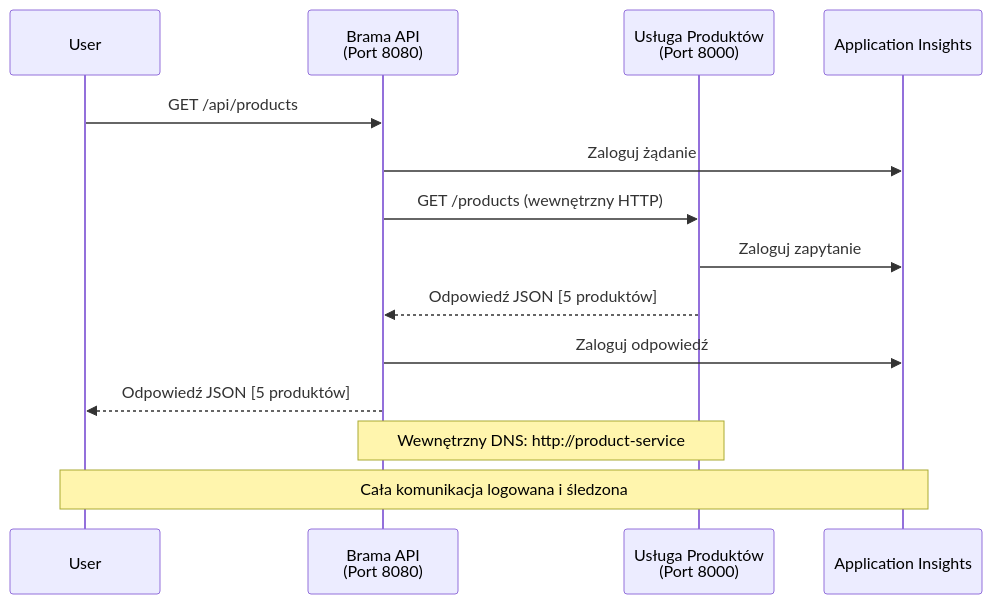
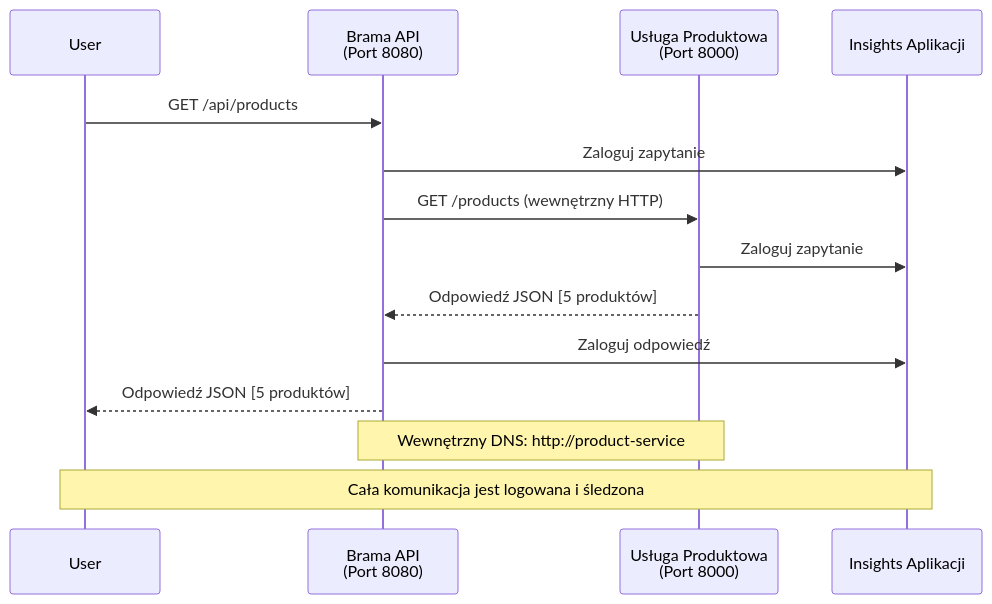
Before and after one commit to microsoft/AZD-for-beginners: the fourth of 4 diagrams in translations/pl/examples/microservices/README.md, drawn with Mermaid. The commit also changed other lines of this file and 242 other files, not shown here.

````diff
--- a/translations/pl/examples/microservices/README.md
+++ b/translations/pl/examples/microservices/README.md
@@ -432,18 +430,18 @@
 ```mermaid
 sequenceDiagram
     participant User
     participant Gateway as Brama API<br/>(Port 8080)
-    participant Product as Usługa Produktów<br/>(Port 8000)
-    participant AI as Application Insights
+    participant Product as Usługa Produktowa<br/>(Port 8000)
+    participant AI as Insights Aplikacji
     
     User->>Gateway: GET /api/products
-    Gateway->>AI: Zaloguj żądanie
+    Gateway->>AI: Zaloguj zapytanie
     Gateway->>Product: GET /products (wewnętrzny HTTP)
     Product->>AI: Zaloguj zapytanie
     Product-->>Gateway: Odpowiedź JSON [5 produktów]
     Gateway->>AI: Zaloguj odpowiedź
     Gateway-->>User: Odpowiedź JSON [5 produktów]
     
     Note over Gateway,Product: Wewnętrzny DNS: http://product-service
-    Note over User,AI: Cała komunikacja logowana i śledzona
-```
+    Note over User,AI: Cała komunikacja jest logowana i śledzona
+```  
````
